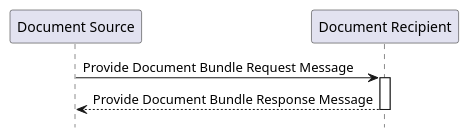
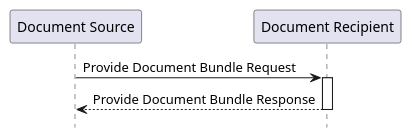
One commit to ohr/minimal-mistakes changed the diagram in _src/iti65.plantuml. Above: the diagram before and after it, drawn with PlantUML. The commit also changed 61 other files, not shown here.

```diff
--- a/_src/iti65.plantuml
+++ b/_src/iti65.plantuml
@@ -1,13 +1,13 @@
 @startuml
 hide footbox
 
 participant "Document Source" as S
 participant "Document Recipient" as R
 
-S -> R : Provide Document Bundle Request Message
+S -> R : Provide Document Bundle Request
 activate R
-R --> S : Provide Document Bundle Response Message
+R --> S : Provide Document Bundle Response
 deactivate R
 
 
 @enduml
```
